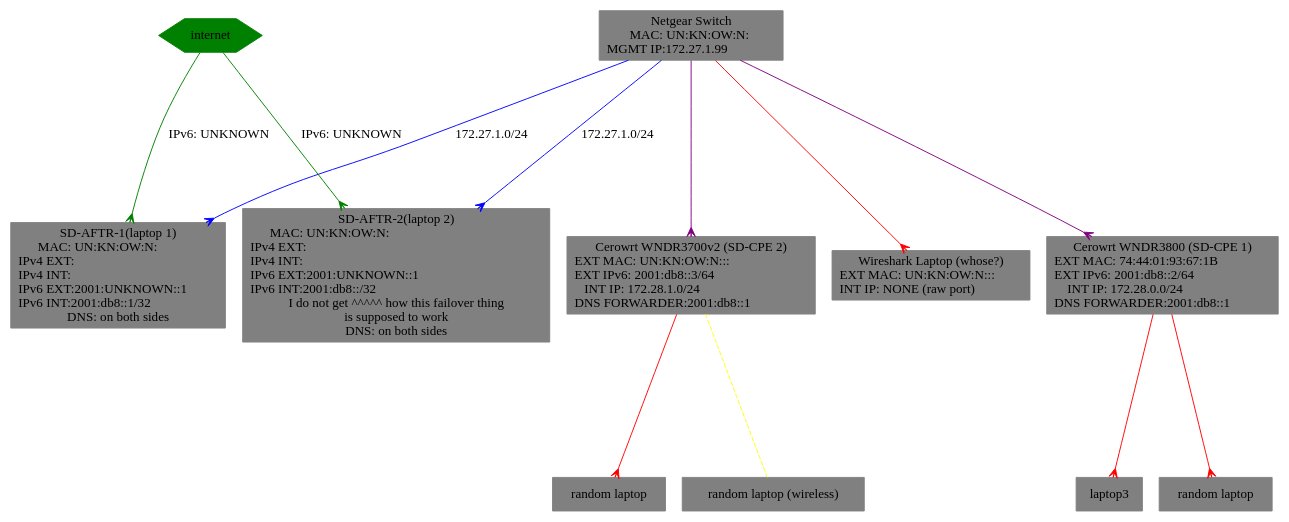
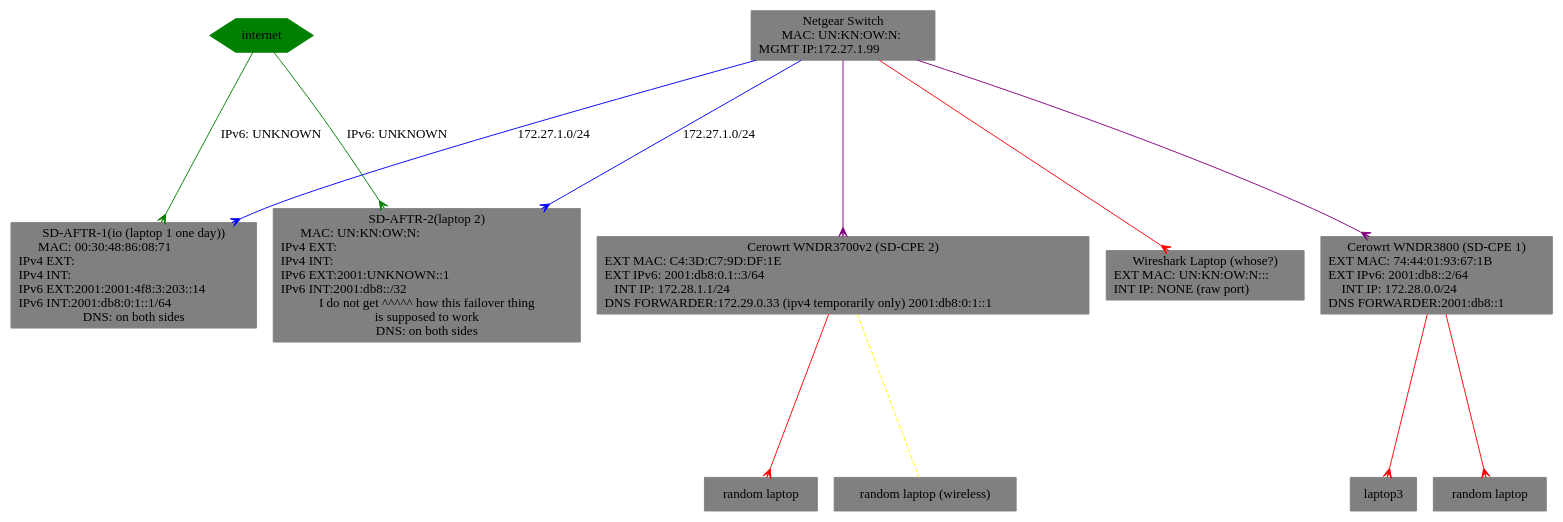
One commit to dtaht/sdcpe-demo-doc changed the diagram in shownet.gv. Above: the diagram before and after it, drawn with Graphviz.

```diff
--- a/shownet.gv
+++ b/shownet.gv
@@ -1,33 +1,33 @@
 digraph G {
  ranksep=2;
  ratio=auto;
  "SWITCH" [label="Netgear Switch\n        MAC: UN:KN:OW:N:\lMGMT IP:172.27.1.99\l"
 	   shape="box",style="filled",color="grey" ];
  "Internet" [label="internet",
 	     shape="hexagon",style="filled",color="green" ];
  "SD-AFTR-2" [label="SD-AFTR-2(laptop 2)\n       MAC: UN:KN:OW:N:\lIPv4 EXT:\lIPv4 INT:\lIPv6 EXT:2001:UNKNOWN::1\lIPv6 INT:2001:db8::/32\lI do not get ^^^^^ how this failover thing\nis supposed to work\nDNS: on both sides",
 	      shape="box",style="filled",color="grey" ];
- "SD-AFTR-1" [label="SD-AFTR-1(laptop 1)\n       MAC: UN:KN:OW:N:\lIPv4 EXT:\lIPv4 INT:\lIPv6 EXT:2001:UNKNOWN::1\lIPv6 INT:2001:db8::1/32\lDNS: on both sides",
+ "SD-AFTR-1" [label="SD-AFTR-1(io (laptop 1 one day))\n       MAC: 00:30:48:86:08:71\lIPv4 EXT:\lIPv4 INT:\lIPv6 EXT:2001:2001:4f8:3:203::14\lIPv6 INT:2001:db8:0:1::1/64\lDNS: on both sides",
 	      shape="box",style="filled",color="grey" ];
  "SD-CPE1" [label="Cerowrt WNDR3800 (SD-CPE 1)\nEXT MAC: 74:44:01:93:67:1B\l EXT IPv6: 2001:db8::2/64\l     INT IP: 172.28.0.0/24\lDNS FORWARDER:2001:db8::1\l",
 	    shape="box",style="filled",color="grey" ];
- "SD-CPE2" [label="Cerowrt WNDR3700v2 (SD-CPE 2)\nEXT MAC: UN:KN:OW:N:::\lEXT IPv6: 2001:db8::3/64\l    INT IP: 172.28.1.0/24\lDNS FORWARDER:2001:db8::1\l",
+ "SD-CPE2" [label="Cerowrt WNDR3700v2 (SD-CPE 2)\nEXT MAC: C4:3D:C7:9D:DF:1E\lEXT IPv6: 2001:db8:0.1::3/64\l    INT IP: 172.28.1.1/24\lDNS FORWARDER:172.29.0.33 (ipv4 temporarily only) 2001:db8:0:1::1\l",
 	    shape="box",style="filled",color="grey" ];
  "wireshark" [label="Wireshark Laptop (whose?)\nEXT MAC: UN:KN:OW:N:::\l INT IP: NONE (raw port)\l",
 	    shape="box",style="filled",color="grey" ];
  "SWITCH" -> "SD-AFTR-2" [ label="172.27.1.0/24",color="blue",arrowhead="crow" ];
  "SWITCH" -> "SD-AFTR-1" [ label="172.27.1.0/24",color="blue",arrowhead="crow" ];
  "SWITCH" -> "SD-CPE1" [ color="purple",arrowhead="crow" ];
  "SWITCH" -> "SD-CPE2" [ color="purple",arrowhead="crow" ];
  "SWITCH" -> "wireshark" [ color="red",arrowhead="crow" ];
  "client1" [ label="laptop3",shape="box",style="filled",color="grey" ];
  "client2" [ label="random laptop",shape="box",style="filled",color="grey" ];
  "client3" [ label="random laptop",shape="box",style="filled",color="grey" ];
  "client4" [ label="random laptop (wireless)",shape="box",style="filled",color="grey" ];
  "Internet" -> "SD-AFTR-1" [ label="IPv6: UNKNOWN",color="green",arrowhead="crow" ];
  "Internet" -> "SD-AFTR-2" [ label="IPv6: UNKNOWN",color="green",arrowhead="crow" ];
  "SD-CPE1" -> "client1" [ color="red",arrowhead="crow" ];
  "SD-CPE1" -> "client2" [ color="red",arrowhead="crow" ];
  "SD-CPE2" -> "client3" [ color="red",arrowhead="crow" ];
  "SD-CPE2" -> "client4" [ color="yellow",style="dashed",arrowhead="none" ];
 }
```
